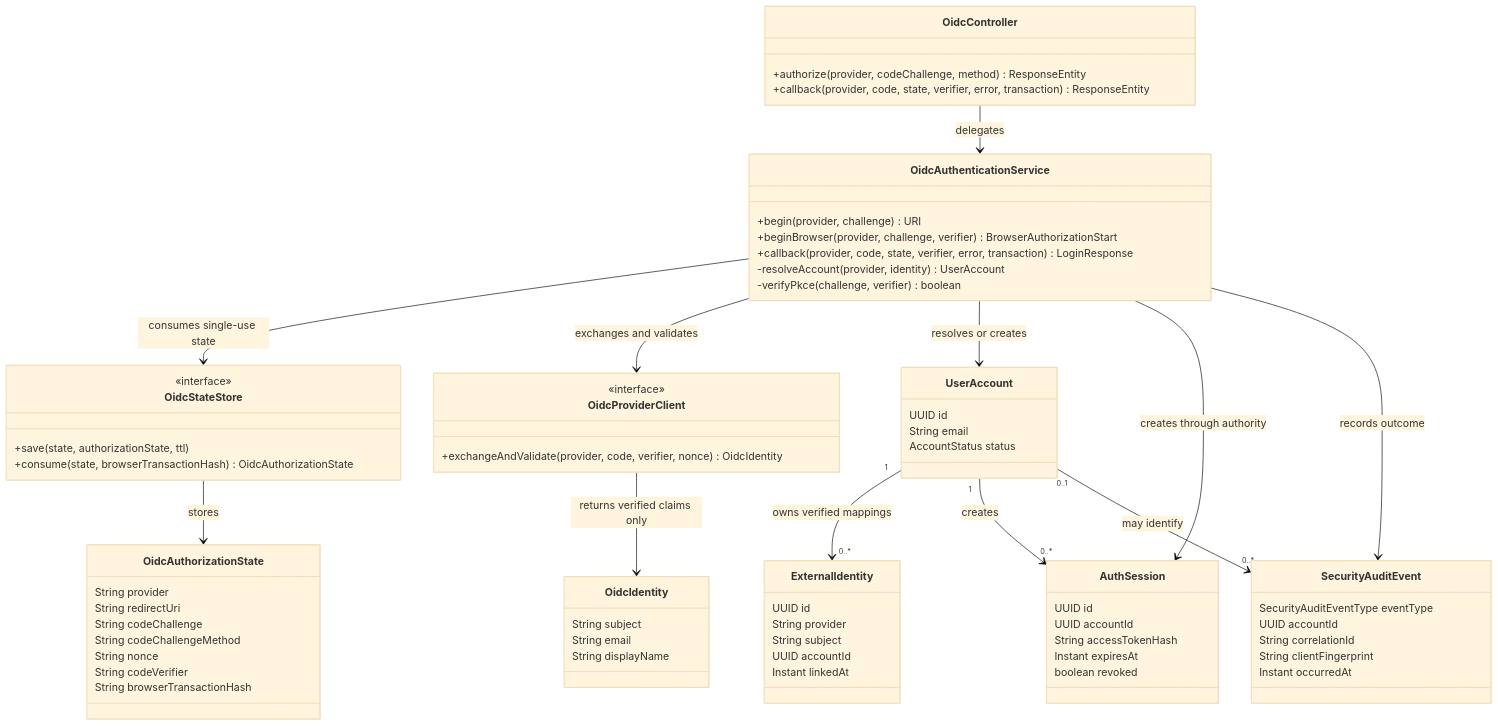
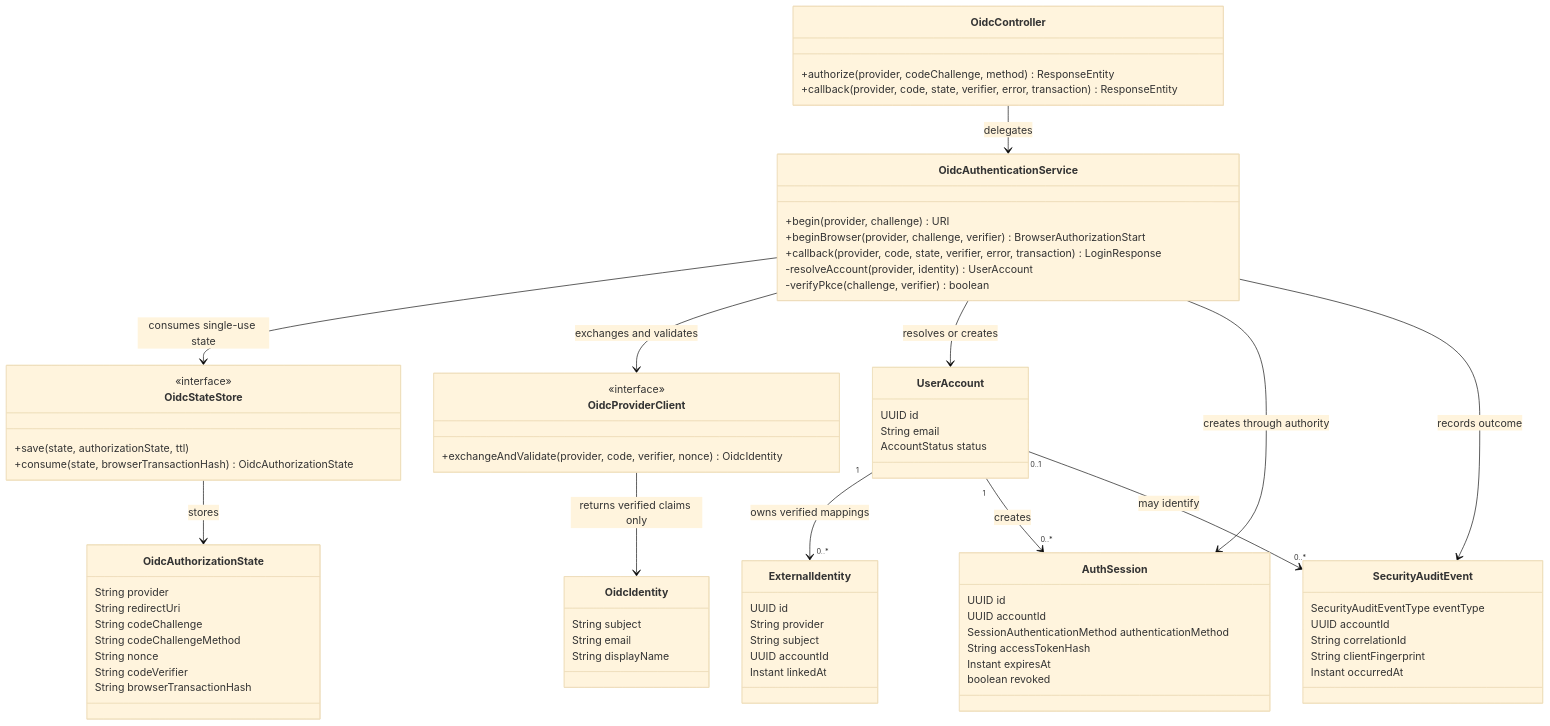
The third of 4 diagrams in docs/diagrams/identity-oidc.md (tdespenza/lifeos), drawn with Mermaid (base theme) before and after one commit. The commit also changed 4 other files, not shown here.

Commit message:
Persist session authentication methods

````diff
--- a/docs/diagrams/identity-oidc.md
+++ b/docs/diagrams/identity-oidc.md
@@ -96,75 +96,76 @@
 ```mermaid
 classDiagram
     class OidcController {
         +authorize(provider, codeChallenge, method) ResponseEntity
         +callback(provider, code, state, verifier, error, transaction) ResponseEntity
     }
     class OidcAuthenticationService {
         +begin(provider, challenge) URI
         +beginBrowser(provider, challenge, verifier) BrowserAuthorizationStart
         +callback(provider, code, state, verifier, error, transaction) LoginResponse
         -resolveAccount(provider, identity) UserAccount
         -verifyPkce(challenge, verifier) boolean
     }
     class OidcStateStore {
         <<interface>>
         +save(state, authorizationState, ttl)
         +consume(state, browserTransactionHash) OidcAuthorizationState
     }
     class OidcAuthorizationState {
         String provider
         String redirectUri
         String codeChallenge
         String codeChallengeMethod
         String nonce
         String codeVerifier
         String browserTransactionHash
     }
     class OidcProviderClient {
         <<interface>>
         +exchangeAndValidate(provider, code, verifier, nonce) OidcIdentity
     }
     class OidcIdentity {
         String subject
         String email
         String displayName
     }
     class UserAccount {
         UUID id
         String email
         AccountStatus status
     }
     class ExternalIdentity {
         UUID id
         String provider
         String subject
         UUID accountId
         Instant linkedAt
     }
     class AuthSession {
         UUID id
         UUID accountId
+        SessionAuthenticationMethod authenticationMethod
         String accessTokenHash
         Instant expiresAt
         boolean revoked
     }
     class SecurityAuditEvent {
         SecurityAuditEventType eventType
         UUID accountId
         String correlationId
         String clientFingerprint
         Instant occurredAt
     }
 
     OidcController --> OidcAuthenticationService : delegates
     OidcAuthenticationService --> OidcStateStore : consumes single-use state
     OidcAuthenticationService --> OidcProviderClient : exchanges and validates
     OidcAuthenticationService --> UserAccount : resolves or creates
     OidcAuthenticationService --> AuthSession : creates through authority
     OidcAuthenticationService --> SecurityAuditEvent : records outcome
     OidcStateStore --> OidcAuthorizationState : stores
     OidcProviderClient --> OidcIdentity : returns verified claims only
     UserAccount "1" --> "0..*" ExternalIdentity : owns verified mappings
     UserAccount "1" --> "0..*" AuthSession : creates
     UserAccount "0..1" --> "0..*" SecurityAuditEvent : may identify
 ```
````
